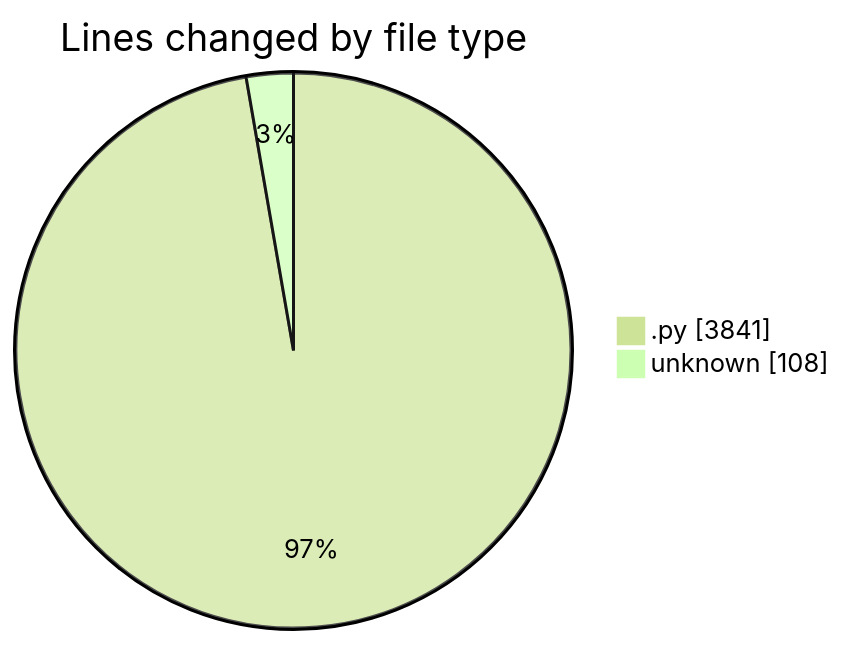
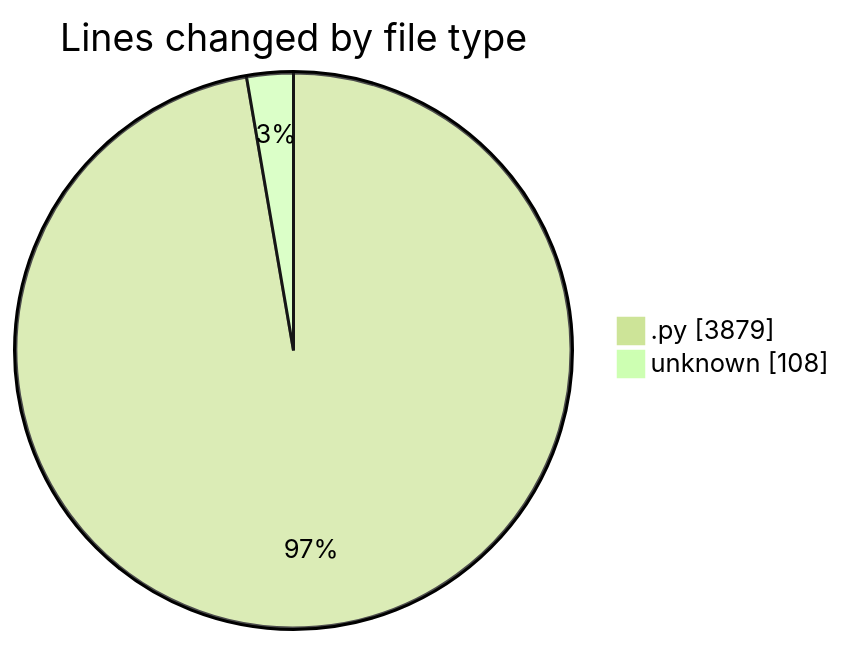
Before and after one commit to julien-gomy/code-tracking: the first of 2 diagrams in 2025-11-21/eventscop-api-guide__workspace_/README.md, drawn with Mermaid (forest theme). The commit also changed other lines of this file and 1 other file, not shown here.

````diff
--- a/2025-11-21/eventscop-api-guide__workspace_/README.md
+++ b/2025-11-21/eventscop-api-guide__workspace_/README.md
@@ -39,6 +39,6 @@
 ```mermaid
 pie showData
 title Lines changed by file type
-".py" : 3841
+".py" : 3879
 "unknown" : 108
 ```
````
